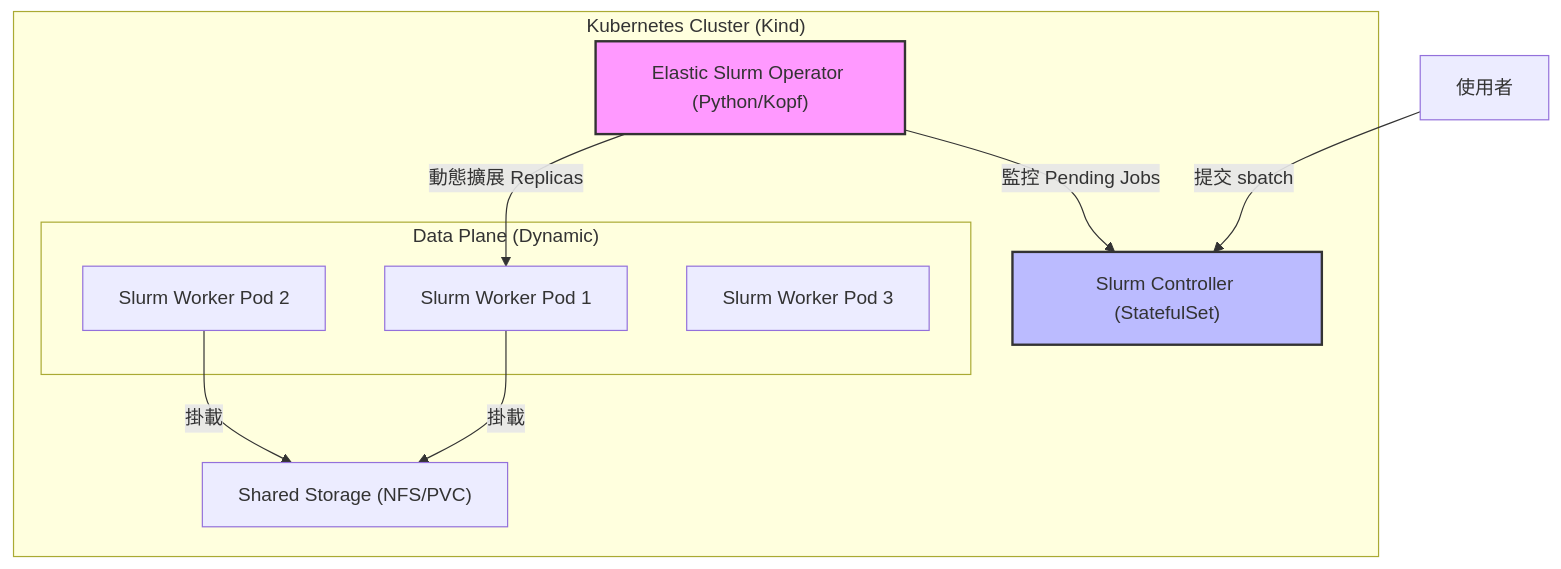
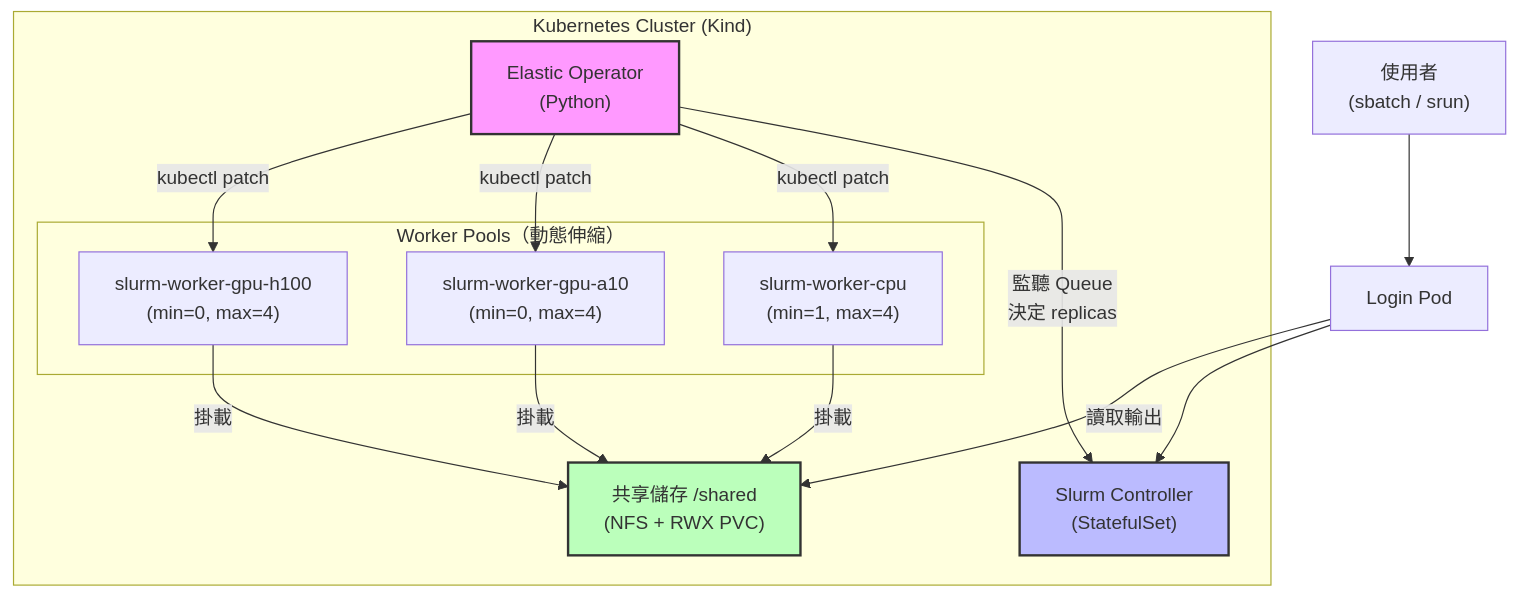
One commit to SoWiEee/Slurm-on-K8s-For-DDP changed the diagram in README.md. Above: the diagram before and after it, drawn with Mermaid. The commit also changed other lines of this file, not shown here.

````diff
--- a/README.md
+++ b/README.md
@@ -183,25 +52,29 @@
 ```mermaid
 graph TD
-    User[使用者] -->|提交 sbatch| SlurmCtld["Slurm Controller (StatefulSet)"]
-    
+    User["使用者\n(sbatch / srun)"] --> Login["Login Pod"]
+    Login --> SlurmCtld["Slurm Controller\n(StatefulSet)"]
+
     subgraph "Kubernetes Cluster (Kind)"
         SlurmCtld
-        Operator["Elastic Slurm Operator (Python/Kopf)"]
-        
-        subgraph "Data Plane (Dynamic)"
-            Worker1["Slurm Worker Pod 1"]
-            Worker2["Slurm Worker Pod 2"]
-            Worker3["Slurm Worker Pod 3"]
+        Operator["Elastic Operator\n(Python)"]
+
+        subgraph "Worker Pools（動態伸縮）"
+            CPU["slurm-worker-cpu\n(min=1, max=4)"]
+            A10["slurm-worker-gpu-a10\n(min=0, max=4)"]
+            H100["slurm-worker-gpu-h100\n(min=0, max=4)"]
         end
-        
-        SharedVol["Shared Storage (NFS/PVC)"]
+
+        NFS["共享儲存 /shared\n(NFS + RWX PVC)"]
     end
 
-    Operator -->|監控 Pending Jobs| SlurmCtld
-    Operator -->|動態擴展 Replicas| Worker1
-    Worker1 -->|掛載| SharedVol
-    Worker2 -->|掛載| SharedVol
-    
+    Operator -->|"監聽 Queue\n決定 replicas"| SlurmCtld
+    Operator -->|kubectl patch| CPU
+    Operator -->|kubectl patch| A10
+    Operator -->|kubectl patch| H100
+    CPU & A10 & H100 -->|掛載| NFS
+    Login -->|讀取輸出| NFS
+
     style Operator fill:#f9f,stroke:#333,stroke-width:2px
     style SlurmCtld fill:#bbf,stroke:#333,stroke-width:2px
+    style NFS fill:#bfb,stroke:#333,stroke-width:2px
 ```
````
